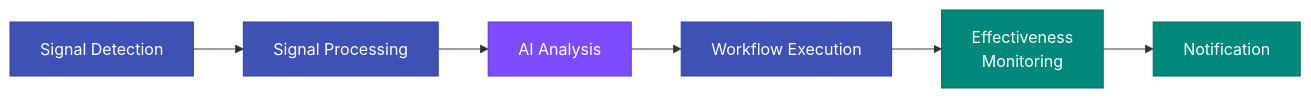
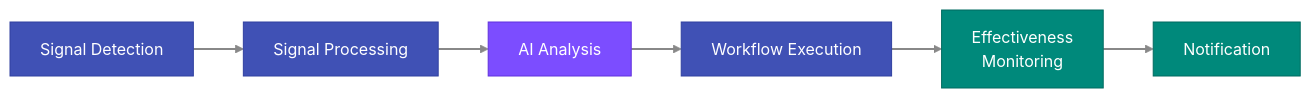
One commit to jordigilh/kubernaut-docs changed the diagram in docs/index.md. Above: the diagram before and after it, drawn with Mermaid. The commit also changed 3 other files, not shown here.

First line of the commit message:
fix: improve Mermaid dark mode support

````diff
--- a/docs/index.md
+++ b/docs/index.md
@@ -75,16 +75,18 @@
 ```mermaid
 graph LR
     A[Signal Detection] --> B[Signal Processing]
     B --> C[AI Analysis]
     C --> D[Workflow Execution]
     D --> E[Effectiveness<br/>Monitoring]
     E --> F[Notification]
 
     classDef core fill:#4051b5,stroke:#3040a0,color:#fff
     classDef ai fill:#7c4dff,stroke:#6030dd,color:#fff
     classDef closing fill:#00897b,stroke:#006b60,color:#fff
 
     class A,B,D core
     class C ai
     class E,F closing
+
+    linkStyle default stroke:#888,stroke-width:2px
 ```
````
